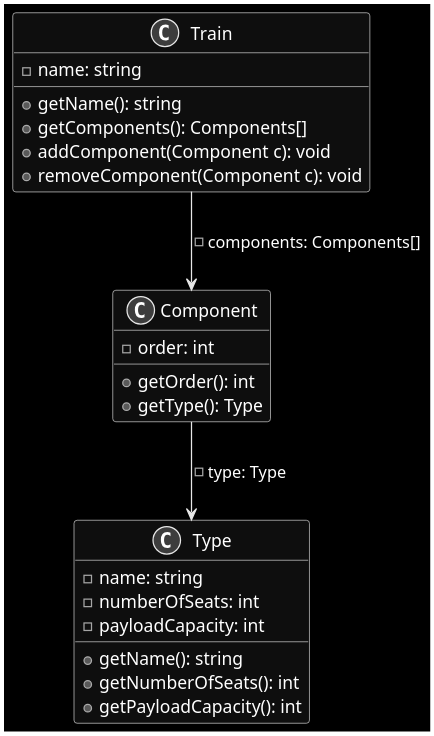
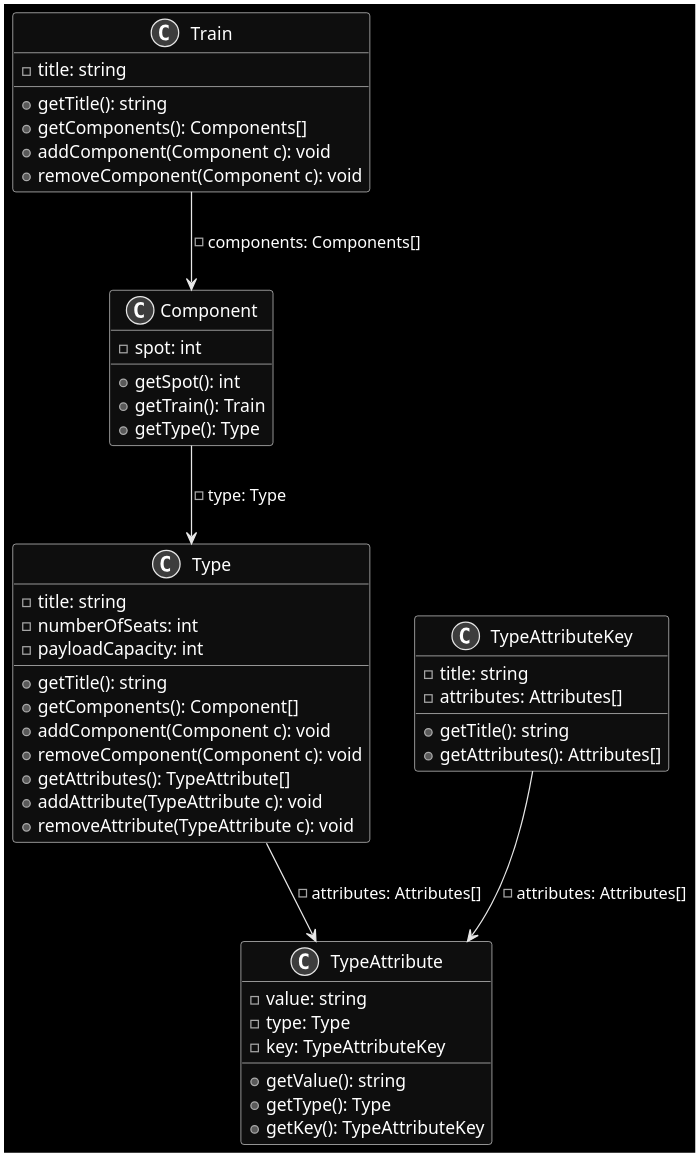
One commit to LSVH/hbo-ict-pafr-rich-rail changed the diagram in README.md. Above: the diagram before and after it, drawn with PlantUML. The commit also changed 19 other files, not shown here.

````diff
--- a/README.md
+++ b/README.md
@@ -31,29 +31,52 @@
 ```plantuml:simpel-klassendiagram
 skinparam monochrome reverse
 
 class Train {
-  - name: string
-  + getName(): string
+  - title: string
+  + getTitle(): string
   + getComponents(): Components[]
   + addComponent(Component c): void
   + removeComponent(Component c): void
 }
 
 class Type {
-  - name: string
+  - title: string
   - numberOfSeats: int
   - payloadCapacity: int
-  + getName(): string
-  + getNumberOfSeats(): int
-  + getPayloadCapacity(): int
+  + getTitle(): string
+  + getComponents(): Component[]
+  + addComponent(Component c): void
+  + removeComponent(Component c): void
+  + getAttributes(): TypeAttribute[]
+  + addAttribute(TypeAttribute c): void
+  + removeAttribute(TypeAttribute c): void
+}
+
+class TypeAttribute {
+  - value: string
+  - type: Type
+  - key: TypeAttributeKey
+  + getValue(): string
+  + getType(): Type
+  + getKey(): TypeAttributeKey
+}
+
+class TypeAttributeKey {
+  - title: string
+  - attributes: Attributes[]
+  + getTitle(): string
+  + getAttributes(): Attributes[]
 }
 
 class Component {
-  - order: int
-  + getOrder(): int
+  - spot: int
+  + getSpot(): int
+  + getTrain(): Train
   + getType(): Type
 }
 
 Train --> Component: - components: Components[]
 Component --> Type: - type: Type
+Type --> TypeAttribute: - attributes: Attributes[]
+TypeAttributeKey --> TypeAttribute: - attributes: Attributes[]
 ```
````
